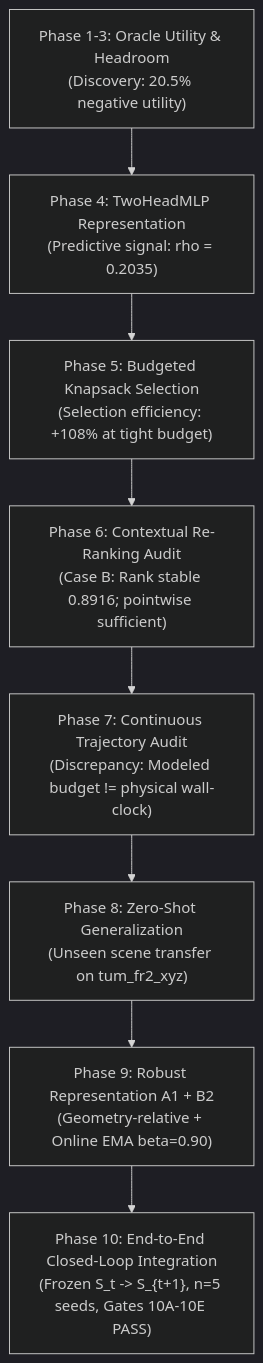
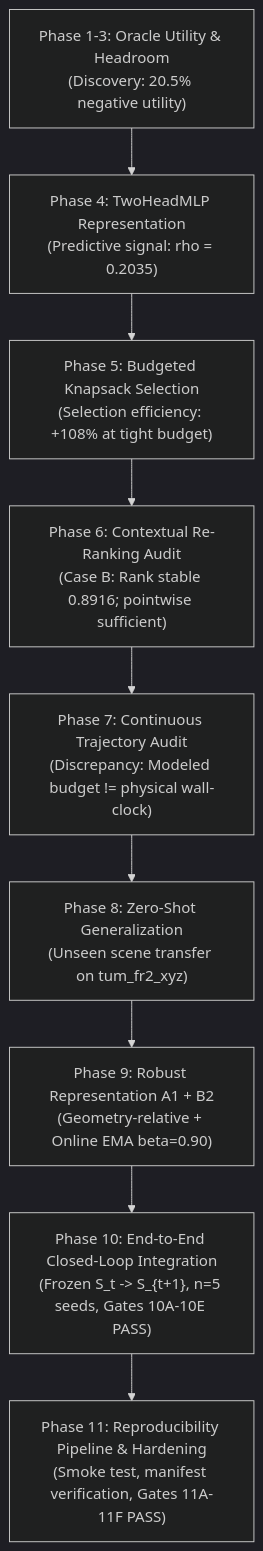
One commit to Hieu475/adaptive_3dgs changed the diagram in README.md. Above: the diagram before and after it, drawn with Mermaid (dark theme). The commit also changed other lines of this file and 4 other files, not shown here.

Commit message:
feat(phase11): implement automated manifest verification, document environment & dataset, and harden README for full reproducibility

````diff
--- a/README.md
+++ b/README.md
@@ -101,10 +105,11 @@
 ```mermaid
 flowchart TD
     P1["Phase 1-3: Oracle Utility & Headroom<br/>(Discovery: 20.5% negative utility)"] --> P4["Phase 4: TwoHeadMLP Representation<br/>(Predictive signal: rho = 0.2035)"]
     P4 --> P5["Phase 5: Budgeted Knapsack Selection<br/>(Selection efficiency: +108% at tight budget)"]
     P5 --> P6["Phase 6: Contextual Re-Ranking Audit<br/>(Case B: Rank stable 0.8916; pointwise sufficient)"]
     P6 --> P7["Phase 7: Continuous Trajectory Audit<br/>(Discrepancy: Modeled budget != physical wall-clock)"]
     P7 --> P8["Phase 8: Zero-Shot Generalization<br/>(Unseen scene transfer on tum_fr2_xyz)"]
     P8 --> P9["Phase 9: Robust Representation A1 + B2<br/>(Geometry-relative + Online EMA beta=0.90)"]
     P9 --> P10["Phase 10: End-to-End Closed-Loop Integration<br/>(Frozen S_t -> S_{t+1}, n=5 seeds, Gates 10A-10E PASS)"]
+    P10 --> P11["Phase 11: Reproducibility Pipeline & Hardening<br/>(Smoke test, manifest verification, Gates 11A-11F PASS)"]
 ```
````
